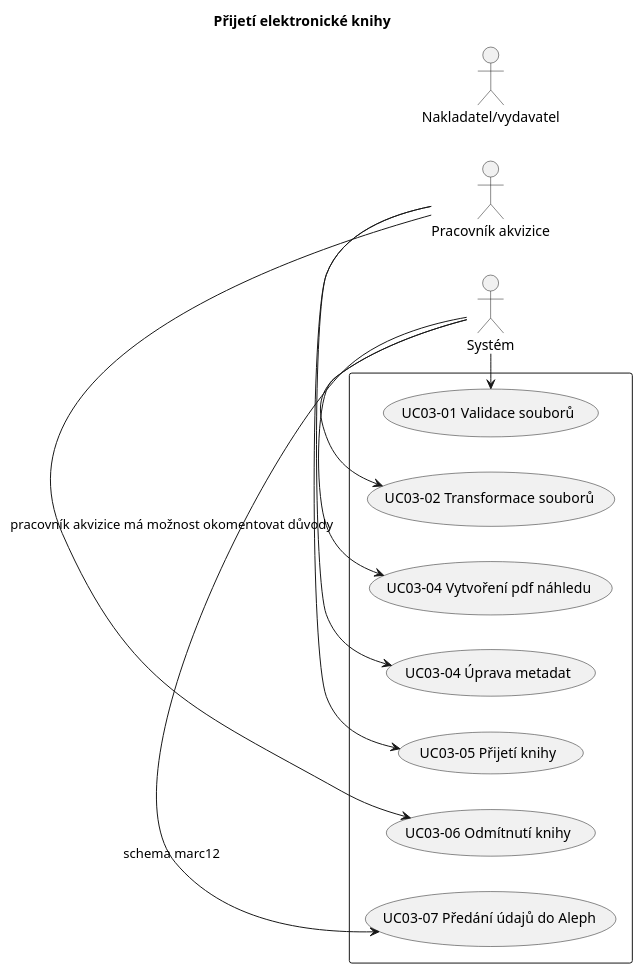
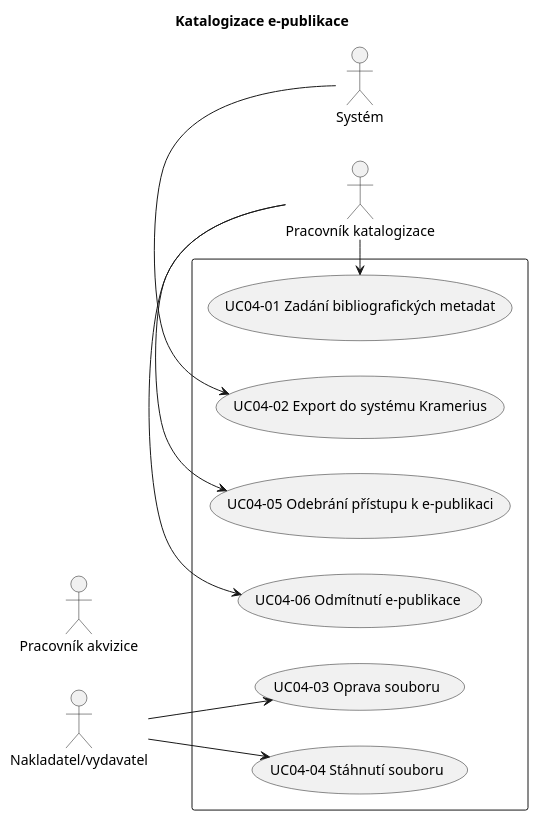
One commit to edeposit/edeposit.policy changed the diagram in docs/uc04.plantuml. Above: the diagram before and after it, drawn with PlantUML. The commit also changed 91 other files, not shown here.

```diff
--- a/docs/uc04.plantuml
+++ b/docs/uc04.plantuml
@@ -1,21 +1,20 @@
 @startuml
 left to right direction
-title Přijetí elektronické knihy
+title Katalogizace e-publikace
+
 skinparam packageStyle rect
 
-actor :Nakladatel/vydavatel:
-actor :Pracovník akvizice:
-actor :Systém:
+actor :Nakladatel/vydavatel: as nakl
+actor :Pracovník akvizice: as akv
+actor :Pracovník katalogizace: as kat
+actor :Systém: as sys
 
 rectangle  {
-	   :Systém: -left-> (UC03-01 Validace souborů)
-	   :Systém: -left-> (UC03-02 Transformace souborů)
-	   :Systém: -left-> (UC03-04 Vytvoření pdf náhledu)
-
-	   :Pracovník akvizice: -left-> (UC03-04 Úprava metadat)
-	   :Pracovník akvizice: -left-> (UC03-05 Přijetí knihy) 
-	   :Pracovník akvizice: -left-> (UC03-06 Odmítnutí knihy) : pracovník akvizice má možnost okomentovat důvody
-
-	   :Systém: -left-> (UC03-07 Předání údajů do Aleph) : schema marc12
+	   :kat: -left-> (UC04-01 Zadání bibliografických metadat)
+	   :sys: -left-> (UC04-02 Export do systému Kramerius)
+	   :nakl: --> (UC04-03 Oprava souboru)
+	   :nakl: --> (UC04-04 Stáhnutí souboru)
+	   :kat: -left-> (UC04-05 Odebrání přístupu k e-publikaci)
+	   :kat: -left-> (UC04-06 Odmítnutí e-publikace)
 }
 @enduml
```
